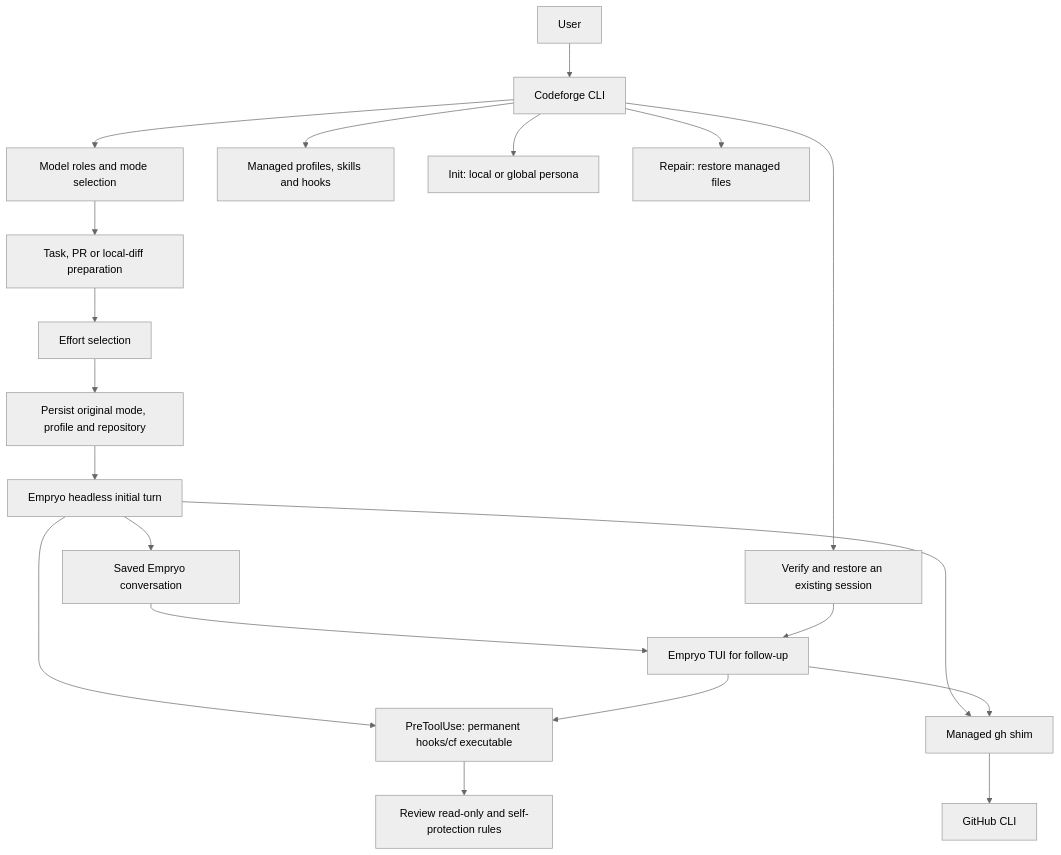
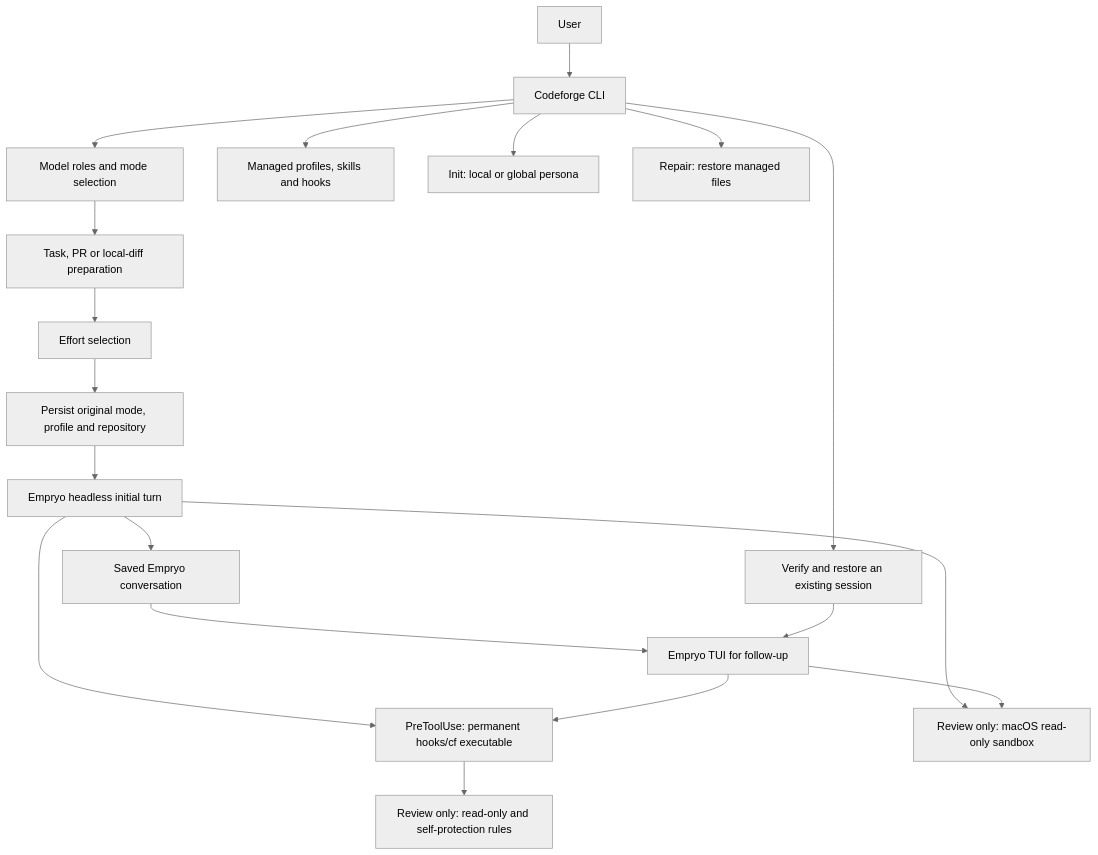
Before and after one commit to codeliter/codeforge: the first of 4 diagrams in TECHNICAL.md, drawn with Mermaid (neutral theme). The commit also changed other lines of this file and 28 other files, not shown here.

````diff
--- a/TECHNICAL.md
+++ b/TECHNICAL.md
@@ -14,22 +14,21 @@
 ```mermaid
 flowchart TD
     User[User] --> CLI[Codeforge CLI]
     CLI --> Config[Model roles and mode selection]
     CLI --> Assets[Managed profiles, skills and hooks]
     CLI --> Init[Init: local or global persona]
     CLI --> Repair[Repair: restore managed files]
     Config --> Prepare[Task, PR or local-diff preparation]
     Prepare --> Effort[Effort selection]
     Effort --> Identity[Persist original mode, profile and repository]
     Identity --> Initial[Empryo headless initial turn]
     Initial --> Saved[Saved Empryo conversation]
     Saved --> TUI[Empryo TUI for follow-up]
     CLI --> Resume[Verify and restore an existing session]
     Resume --> TUI
     Initial --> Guard[PreToolUse: permanent hooks/cf executable]
     TUI --> Guard
-    Guard --> Rules[Review read-only and self-protection rules]
-    Initial --> Shim[Managed gh shim]
-    TUI --> Shim
-    Shim --> GitHub[GitHub CLI]
+    Guard --> Rules[Review only: read-only and self-protection rules]
+    Initial --> Sandbox[Review only: macOS read-only sandbox]
+    TUI --> Sandbox
 ```
````
